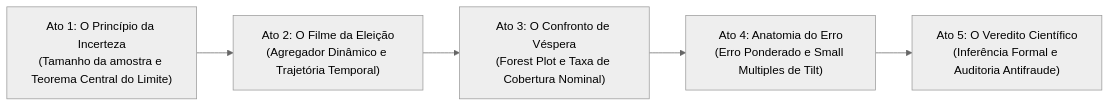
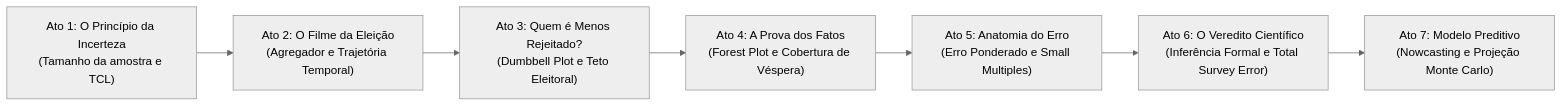
The diagram in docs/05_jornada_data_storytelling_e_interface.md (alexcamargos/margem_eleitoral), drawn with Mermaid (neutral theme) before and after one commit. The commit also changed other lines of this file, not shown here.

Commit message:
docs(storytelling): reestruturar jornada completa dos sete atos e componentes

````diff
--- a/docs/05_jornada_data_storytelling_e_interface.md
+++ b/docs/05_jornada_data_storytelling_e_interface.md
@@ -13,8 +13,10 @@
 ```mermaid
 flowchart LR
-    Act1["Ato 1: O Princípio da Incerteza\n(Tamanho da amostra e Teorema Central do Limite)"] --> 
-    Act2["Ato 2: O Filme da Eleição\n(Agregador Dinâmico e Trajetória Temporal)"] --> 
-    Act3["Ato 3: O Confronto de Véspera\n(Forest Plot e Taxa de Cobertura Nominal)"] --> 
-    Act4["Ato 4: Anatomia do Erro\n(Erro Ponderado e Small Multiples de Tilt)"] --> 
-    Act5["Ato 5: O Veredito Científico\n(Inferência Formal e Auditoria Antifraude)"]
+    Act1["Ato 1: O Princípio da Incerteza\n(Tamanho da amostra e TCL)"] --> 
+    Act2["Ato 2: O Filme da Eleição\n(Agregador e Trajetória Temporal)"] --> 
+    Act3["Ato 3: Quem é Menos Rejeitado?\n(Dumbbell Plot e Teto Eleitoral)"] --> 
+    Act4["Ato 4: A Prova dos Fatos\n(Forest Plot e Cobertura de Véspera)"] --> 
+    Act5["Ato 5: Anatomia do Erro\n(Erro Ponderado e Small Multiples)"] --> 
+    Act6["Ato 6: O Veredito Científico\n(Inferência Formal e Total Survey Error)"] --> 
+    Act7["Ato 7: Modelo Preditivo\n(Nowcasting e Projeção Monte Carlo)"]
 ```
````
